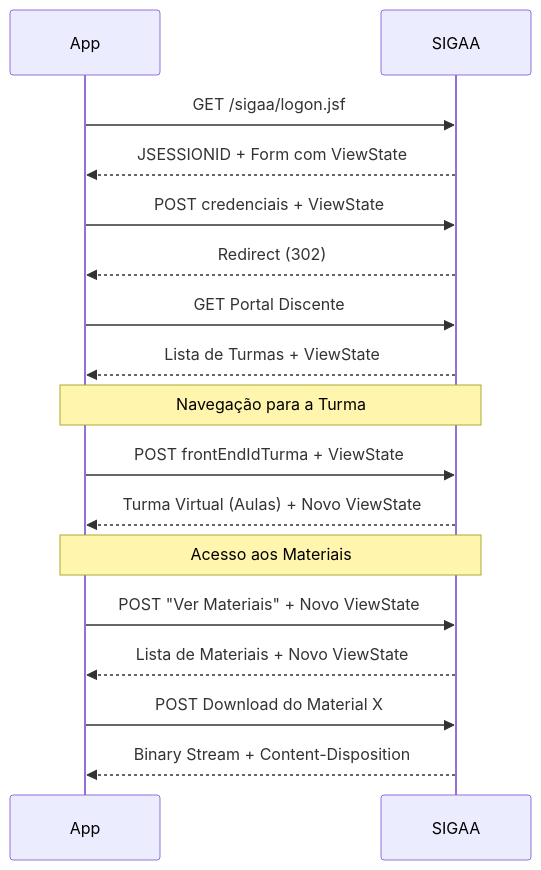
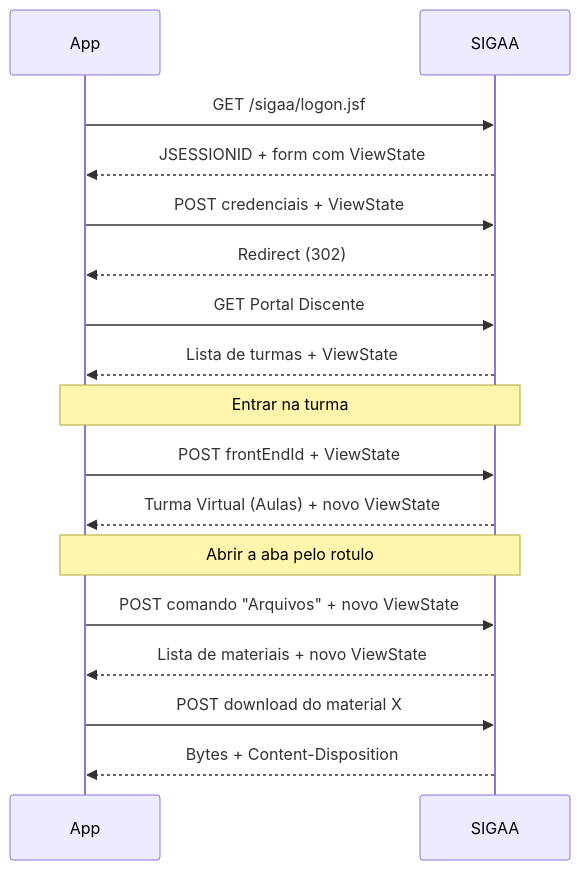
One commit to matheus-fsc/Sigaa-Desktop-Viewer changed the first of 2 diagrams in wiki/Protocolo-SIGAA.md. Above: the diagram before and after it, drawn with Mermaid. The commit also changed other lines of this file and 8 other files, not shown here.

````diff
--- a/wiki/Protocolo-SIGAA.md
+++ b/wiki/Protocolo-SIGAA.md
@@ -30,22 +52,22 @@
 ```mermaid
 sequenceDiagram
     participant App
     participant SIGAA
-    
+
     App->>SIGAA: GET /sigaa/logon.jsf
-    SIGAA-->>App: JSESSIONID + Form com ViewState
+    SIGAA-->>App: JSESSIONID + form com ViewState
     App->>SIGAA: POST credenciais + ViewState
     SIGAA-->>App: Redirect (302)
     App->>SIGAA: GET Portal Discente
-    SIGAA-->>App: Lista de Turmas + ViewState
-    
-    Note over App,SIGAA: Navegação para a Turma
-    App->>SIGAA: POST frontEndIdTurma + ViewState
-    SIGAA-->>App: Turma Virtual (Aulas) + Novo ViewState
-    
-    Note over App,SIGAA: Acesso aos Materiais
-    App->>SIGAA: POST "Ver Materiais" + Novo ViewState
-    SIGAA-->>App: Lista de Materiais + Novo ViewState
-    App->>SIGAA: POST Download do Material X
-    SIGAA-->>App: Binary Stream + Content-Disposition
+    SIGAA-->>App: Lista de turmas + ViewState
+
+    Note over App,SIGAA: Entrar na turma
+    App->>SIGAA: POST frontEndId + ViewState
+    SIGAA-->>App: Turma Virtual (Aulas) + novo ViewState
+
+    Note over App,SIGAA: Abrir a aba pelo rotulo
+    App->>SIGAA: POST comando "Arquivos" + novo ViewState
+    SIGAA-->>App: Lista de materiais + novo ViewState
+    App->>SIGAA: POST download do material X
+    SIGAA-->>App: Bytes + Content-Disposition
 ```
````
